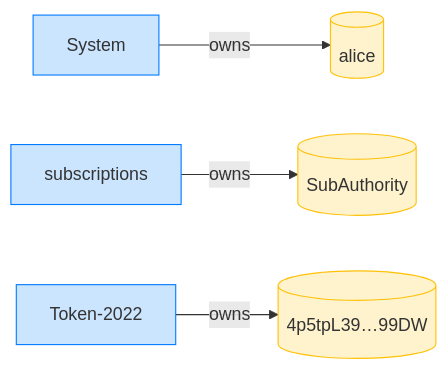
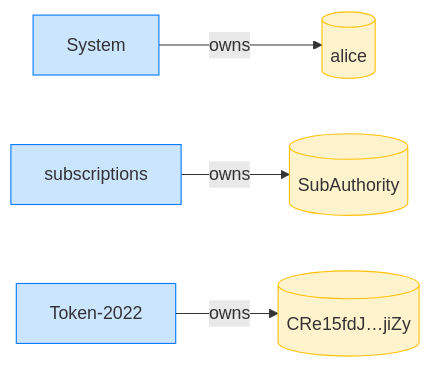
One commit to cds-rs/subscriptions changed the fourth of 12 diagrams in dsl_tests/recurring-transfer-over-a-token-2022-unconfigured-transfer-hook-mint.md. Above: the diagram before and after it, drawn with Mermaid. The commit also changed other lines of this file and 224 other files, not shown here.

````diff
--- a/dsl_tests/recurring-transfer-over-a-token-2022-unconfigured-transfer-hook-mint.md
+++ b/dsl_tests/recurring-transfer-over-a-token-2022-unconfigured-transfer-hook-mint.md
@@ -73,14 +78,14 @@
 ```mermaid
 flowchart LR
     classDef owner fill:#cce5ff,stroke:#007bff;
     classDef account fill:#fff3cd,stroke:#ffc107;
     System[System]:::owner
     alice[(alice)]:::account
     subscriptions[subscriptions]:::owner
     SubAuthority[(SubAuthority)]:::account
     Token_2022["Token-2022"]:::owner
-    4p5tpL39_99DW[("4p5tpL39…99DW")]:::account
+    CRe15fdJ_jiZy[("CRe15fdJ…jiZy")]:::account
     System -->|owns| alice
     subscriptions -->|owns| SubAuthority
-    Token_2022 -->|owns| 4p5tpL39_99DW
+    Token_2022 -->|owns| CRe15fdJ_jiZy
 ```
````
